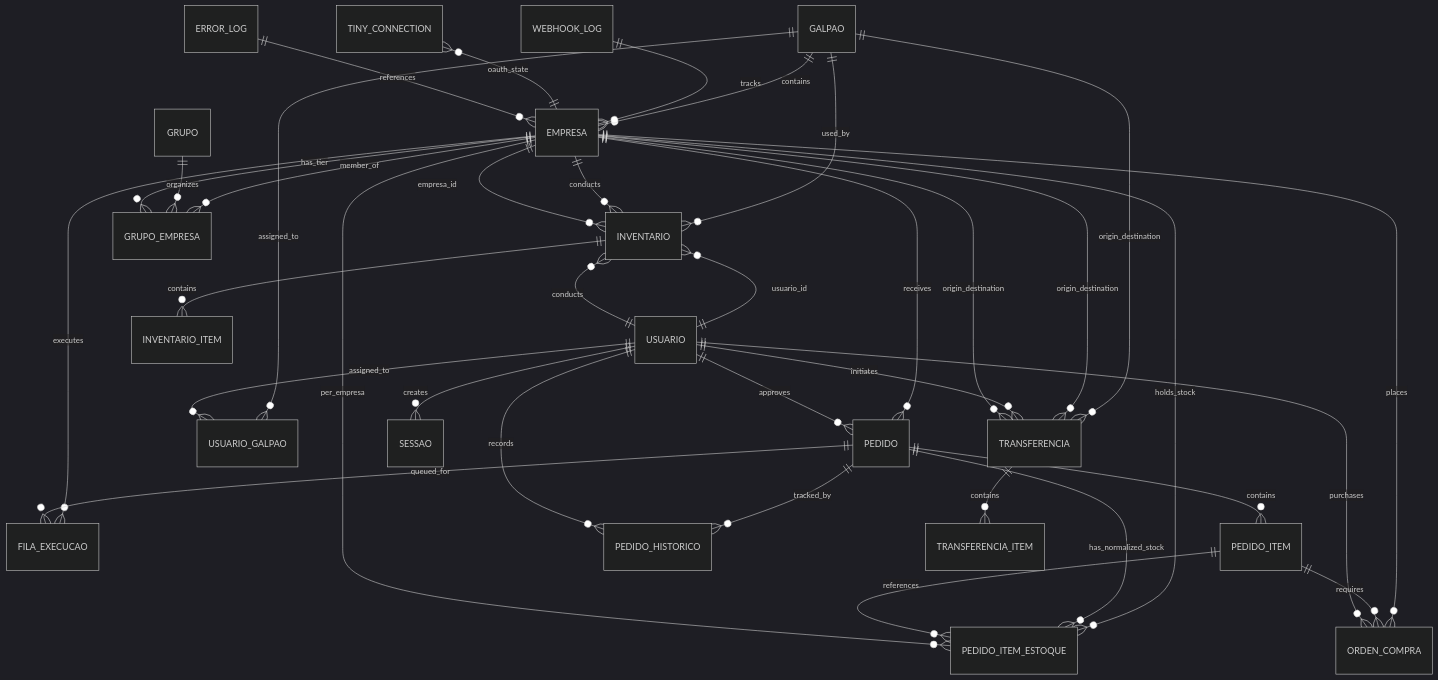
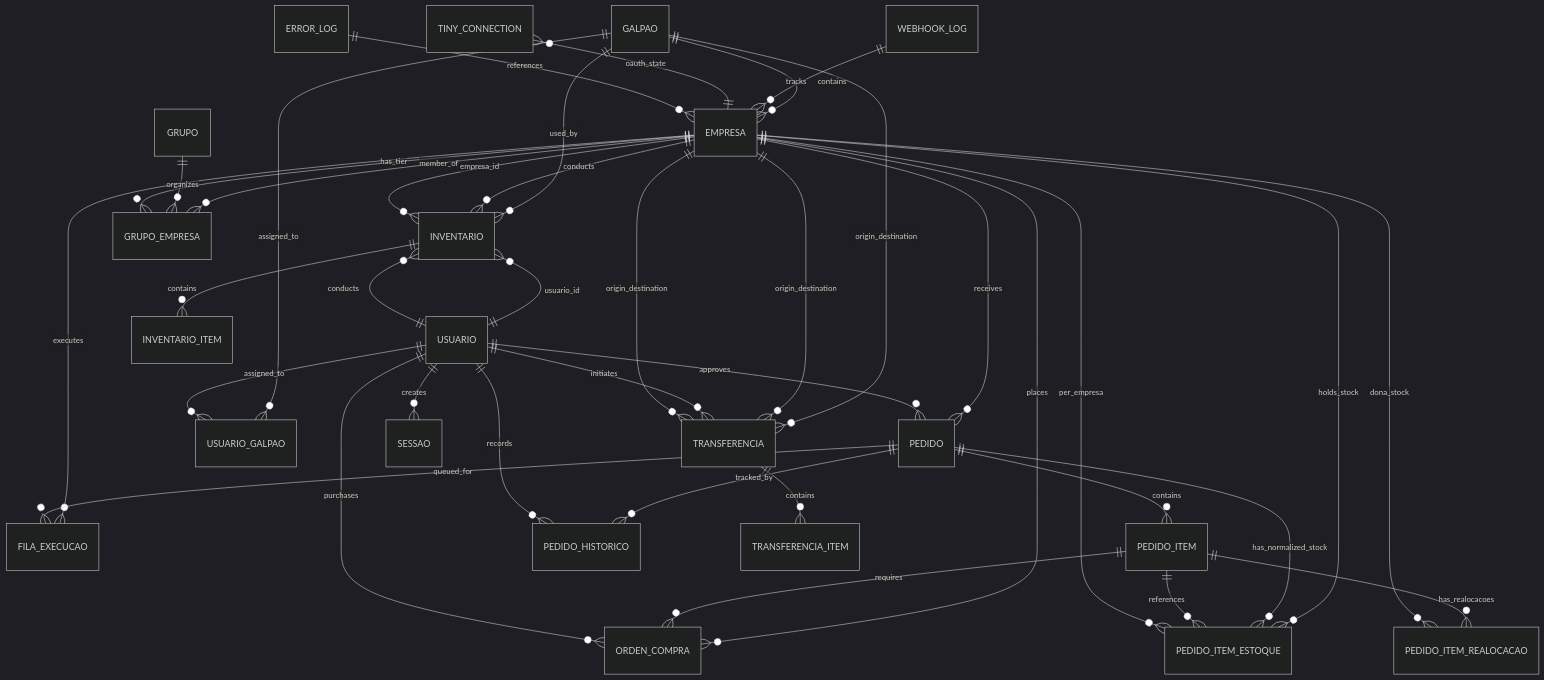
One commit to Eryk-dev/estoquelever changed the diagram in docs/database-schema.md. Above: the diagram before and after it, drawn with Mermaid (dark theme). The commit also changed other lines of this file and 4 other files, not shown here.

First line of the commit message:
docs: pick multi-loc — endpoints, schema, fluxos, project structure

````diff
--- a/docs/database-schema.md
+++ b/docs/database-schema.md
@@ -1178,48 +1243,50 @@
 ```mermaid
 erDiagram
     GALPAO ||--o{ EMPRESA : contains
     GALPAO ||--o{ INVENTARIO : used_by
     GALPAO ||--o{ TRANSFERENCIA : origin_destination
     GALPAO ||--o{ USUARIO_GALPAO : assigned_to
 
     EMPRESA ||--o{ PEDIDO : receives
     EMPRESA ||--o{ GRUPO_EMPRESA : member_of
     EMPRESA ||--o{ FILA_EXECUCAO : executes
     EMPRESA ||--o{ PEDIDO_ITEM_ESTOQUE : holds_stock
     EMPRESA ||--o{ TRANSFERENCIA : origin_destination
     EMPRESA ||--o{ INVENTARIO : conducts
     EMPRESA ||--o{ ORDEN_COMPRA : places
 
     GRUPO ||--o{ GRUPO_EMPRESA : organizes
 
     GRUPO_EMPRESA }o--|| EMPRESA : has_tier
 
     PEDIDO ||--o{ PEDIDO_ITEM : contains
     PEDIDO ||--o{ PEDIDO_ITEM_ESTOQUE : has_normalized_stock
     PEDIDO ||--o{ FILA_EXECUCAO : queued_for
     PEDIDO ||--o{ PEDIDO_HISTORICO : tracked_by
 
     PEDIDO_ITEM ||--o{ ORDEN_COMPRA : requires
     PEDIDO_ITEM ||--o{ PEDIDO_ITEM_ESTOQUE : references
+    PEDIDO_ITEM ||--o{ PEDIDO_ITEM_REALOCACAO : has_realocacoes
 
     PEDIDO_ITEM_ESTOQUE }o--|| EMPRESA : per_empresa
+    PEDIDO_ITEM_REALOCACAO }o--|| EMPRESA : dona_stock
 
     USUARIO ||--o{ PEDIDO : approves
     USUARIO ||--o{ PEDIDO_HISTORICO : records
     USUARIO ||--o{ SESSAO : creates
     USUARIO ||--o{ USUARIO_GALPAO : assigned_to
     USUARIO ||--o{ INVENTARIO : conducts
     USUARIO ||--o{ TRANSFERENCIA : initiates
     USUARIO ||--o{ ORDEN_COMPRA : purchases
 
     INVENTARIO ||--o{ INVENTARIO_ITEM : contains
     INVENTARIO }o--|| EMPRESA : empresa_id
     INVENTARIO }o--|| USUARIO : usuario_id
 
     TRANSFERENCIA ||--o{ TRANSFERENCIA_ITEM : contains
     TRANSFERENCIA }o--|| EMPRESA : origin_destination
 
     WEBHOOK_LOG ||--o{ EMPRESA : tracks
     TINY_CONNECTION }o--|| EMPRESA : oauth_state
     ERROR_LOG ||--o{ EMPRESA : references
 ```
````
